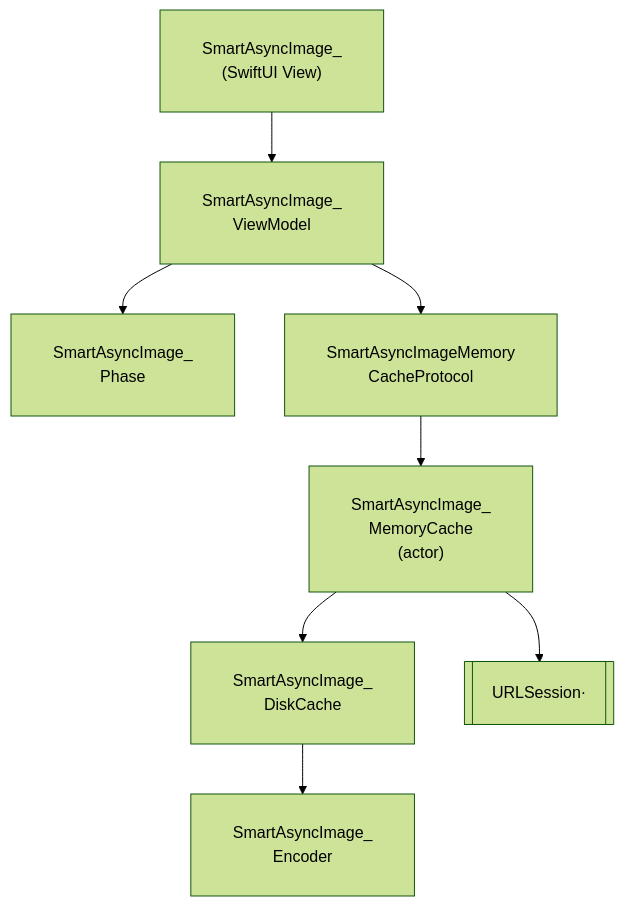
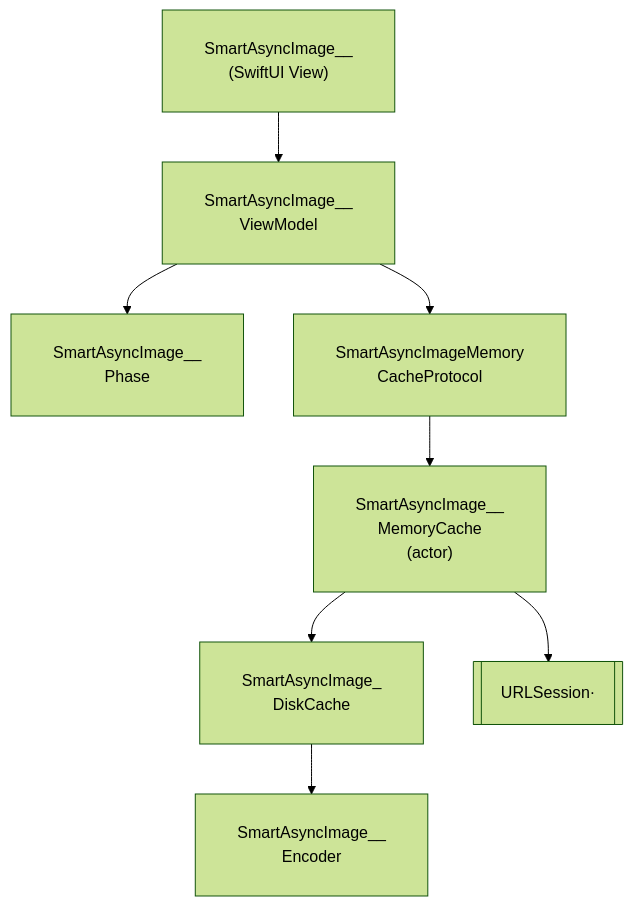
Before and after one commit to gentle-giraffe-apps/SmartAsyncImage: the diagram in README.md, drawn with Mermaid (forest theme).

Commit message:
variation again

````diff
--- a/README.md
+++ b/README.md
@@ -86,10 +86,10 @@
 ```mermaid
 flowchart TD
-    SAI["<div style='padding:12px 12px; white-space:nowrap;'>SmartAsyncImage_<br/>(SwiftUI View)</div>"] --> VM["<div style='padding:12px 12px; white-space:nowrap;'>SmartAsyncImage_<br/>ViewModel</div>"]
-    VM --> Phase["<div style='padding:12px 12px; white-space:nowrap;'>SmartAsyncImage_<br/>Phase</div>"]
+    SAI["<div style='padding:12px 12px; white-space:nowrap;'>SmartAsyncImage__<br/>(SwiftUI View)</div>"] --> VM["<div style='padding:12px 12px; white-space:nowrap;'>SmartAsyncImage__<br/>ViewModel</div>"]
+    VM --> Phase["<div style='padding:12px 12px; white-space:nowrap;'>SmartAsyncImage__<br/>Phase</div>"]
     VM --> MemProto["<div style='padding:12px 12px; white-space:nowrap;'>SmartAsyncImageMemory<br/>CacheProtocol</div>"]
-    MemProto --> Mem["<div style='padding:12px 12px; white-space:nowrap;'>SmartAsyncImage_<br/>MemoryCache<br/>(actor)</div>"]
+    MemProto --> Mem["<div style='padding:12px 12px; white-space:nowrap;'>SmartAsyncImage__<br/>MemoryCache<br/>(actor)</div>"]
     Mem --> Disk["<div style='padding:12px 12px; white-space:nowrap;'>SmartAsyncImage_<br/>DiskCache</div>"]
-    Disk --> Encoder["<div style='padding:12px 12px; white-space:nowrap;'>SmartAsyncImage_<br/>Encoder</div>"]
+    Disk --> Encoder["<div style='padding:12px 12px; white-space:nowrap;'>SmartAsyncImage__<br/>Encoder</div>"]
     Mem --> URLSession[["<div style='padding:12px 12px; white-space:nowrap;'>URLSession·</div>"]]
 ```
````
